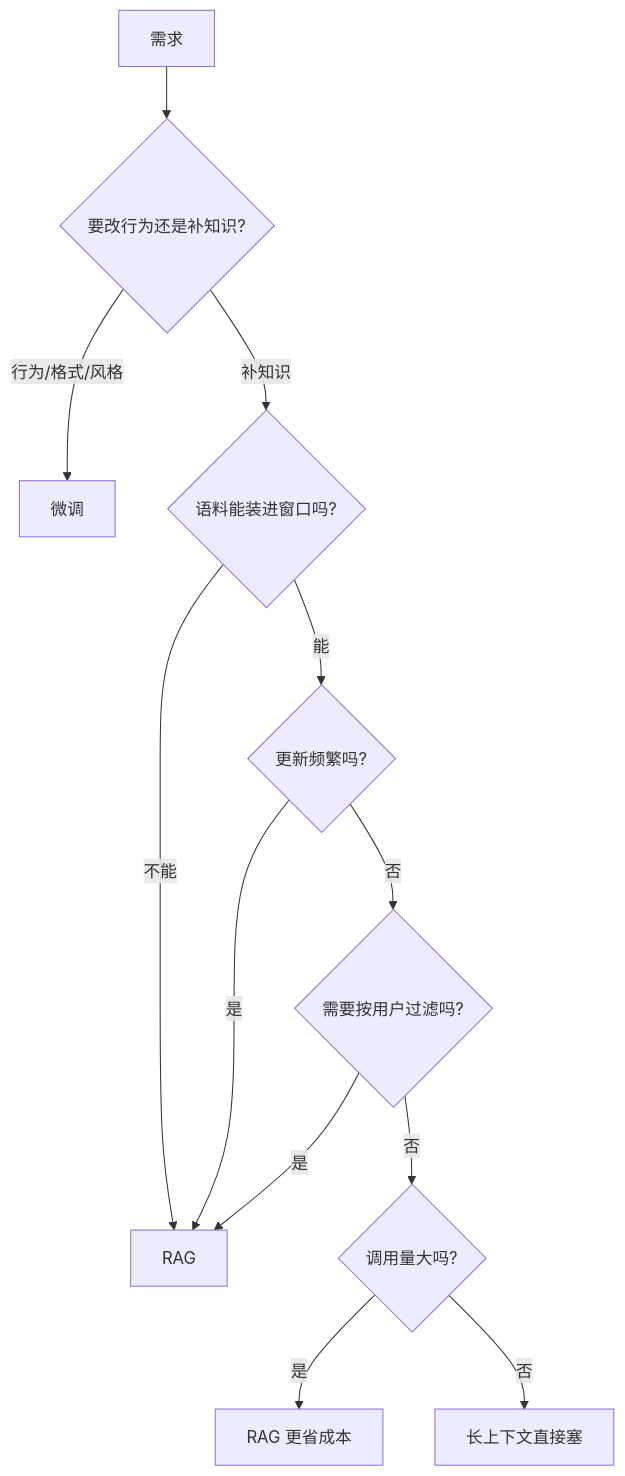
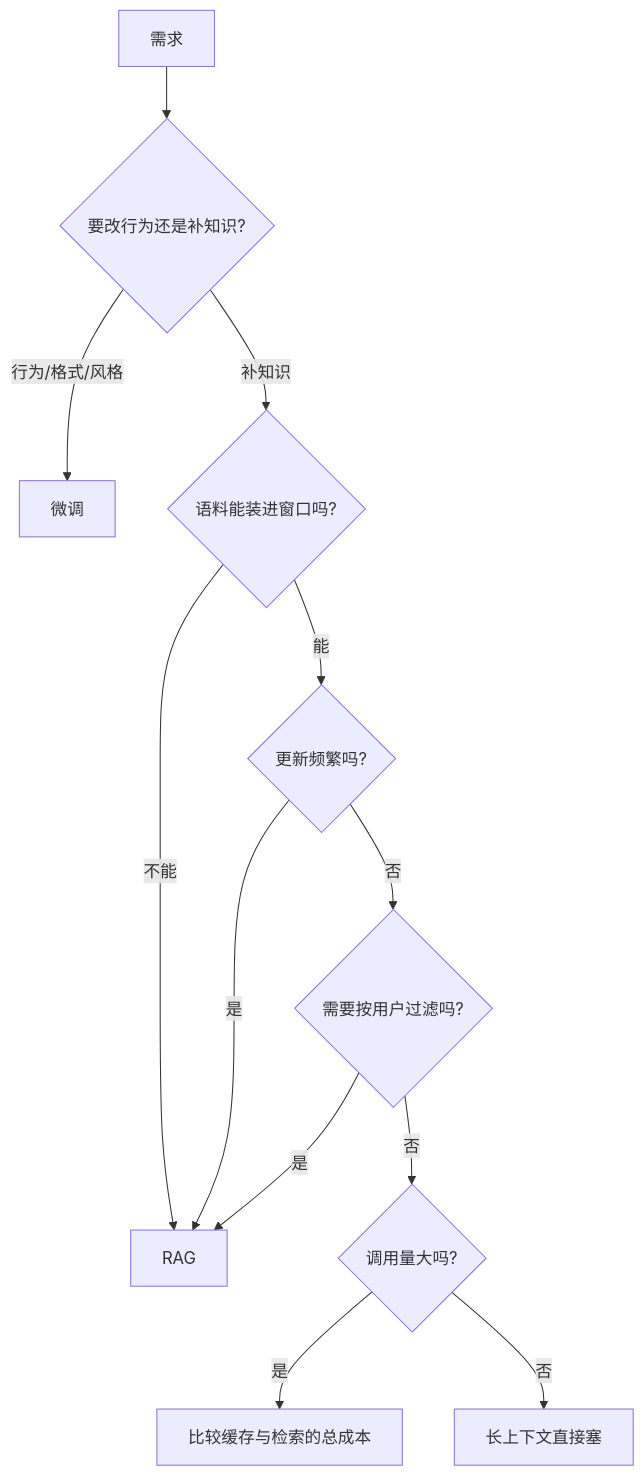
The third of 3 diagrams in docs/rag/01-foundations/02-rag-finetune-longcontext.md (oneleaveknowsthefall/awesome-ai-roadmap), drawn with Mermaid before and after one commit. The commit also changed other lines of this file and 61 other files, not shown here.

````diff
--- a/docs/rag/01-foundations/02-rag-finetune-longcontext.md
+++ b/docs/rag/01-foundations/02-rag-finetune-longcontext.md
@@ -161,14 +161,14 @@
 ```mermaid
 flowchart TB
     S[需求] --> A{要改行为还是补知识?}
     A -->|行为/格式/风格| FT[微调]
     A -->|补知识| B{语料能装进窗口吗?}
     B -->|不能| RAG[RAG]
     B -->|能| C{更新频繁吗?}
     C -->|是| RAG
     C -->|否| D{需要按用户过滤吗?}
     D -->|是| RAG
     D -->|否| E{调用量大吗?}
-    E -->|是| RAG2[RAG 更省成本]
+    E -->|是| RAG2[比较缓存与检索的总成本]
     E -->|否| LC[长上下文直接塞]
 ```
````
